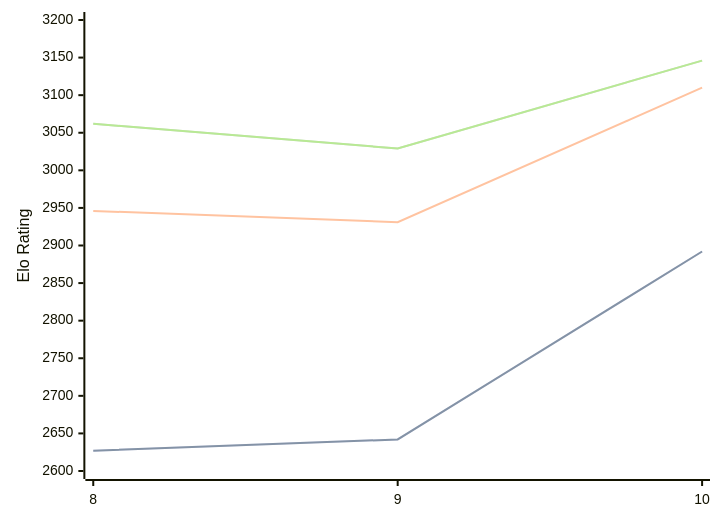
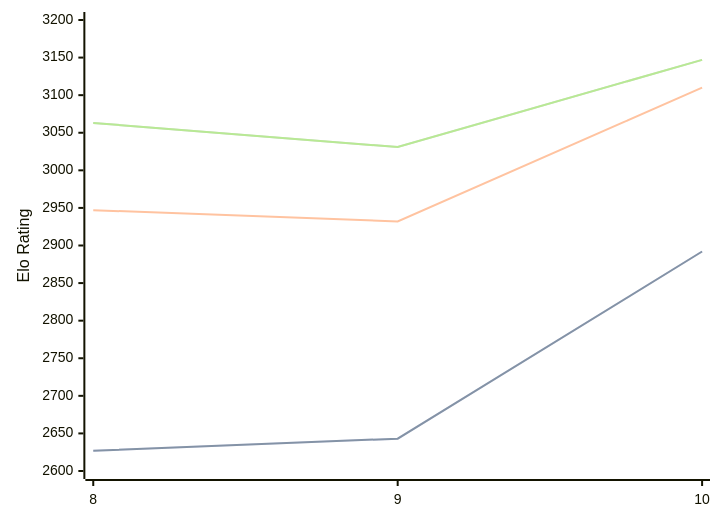
Before and after one commit to computer-chess-index/cci: the diagram in engines/Lozza.md, drawn with Mermaid. The commit also changed other lines of this file, not shown here.

Commit message:
Update CCI Ratings (ELO VLTC) - 2026-04-13

````diff
--- a/engines/Lozza.md
+++ b/engines/Lozza.md
@@ -41,11 +41,11 @@
 ```mermaid
 %%{init: {"theme":"base","themeVariables":{"seriesColors:['#a3a3a3','#222221','#faa371']}}}%%
 xychart-beta
   x-axis ["8", "9", "10"]
   y-axis "Elo Rating" 2600 --> 3200
-  line "STC (8.0+0.08s)" [2627, 2642, 2892]
-  line "STC (8.0+0.08s)" [2627, 2642, 2892]
-  line "LTC (60.0+0.60s)" [2946, 2931, 3110]
-  line "VLTC (2m24s+1.12s)" [3062, 3029, 3146]
-  line "VLTC (2m24s+1.12s)" [3062, 3029, 3146]
+  line "STC (8.0+0.08s)" [2627, 2643, 2892]
+  line "STC (8.0+0.08s)" [2627, 2643, 2892]
+  line "LTC (60.0+0.60s)" [2947, 2932, 3110]
+  line "VLTC (2m24s+1.12s)" [3063, 3031, 3147]
+  line "VLTC (2m24s+1.12s)" [3063, 3031, 3147]
 ```
````
